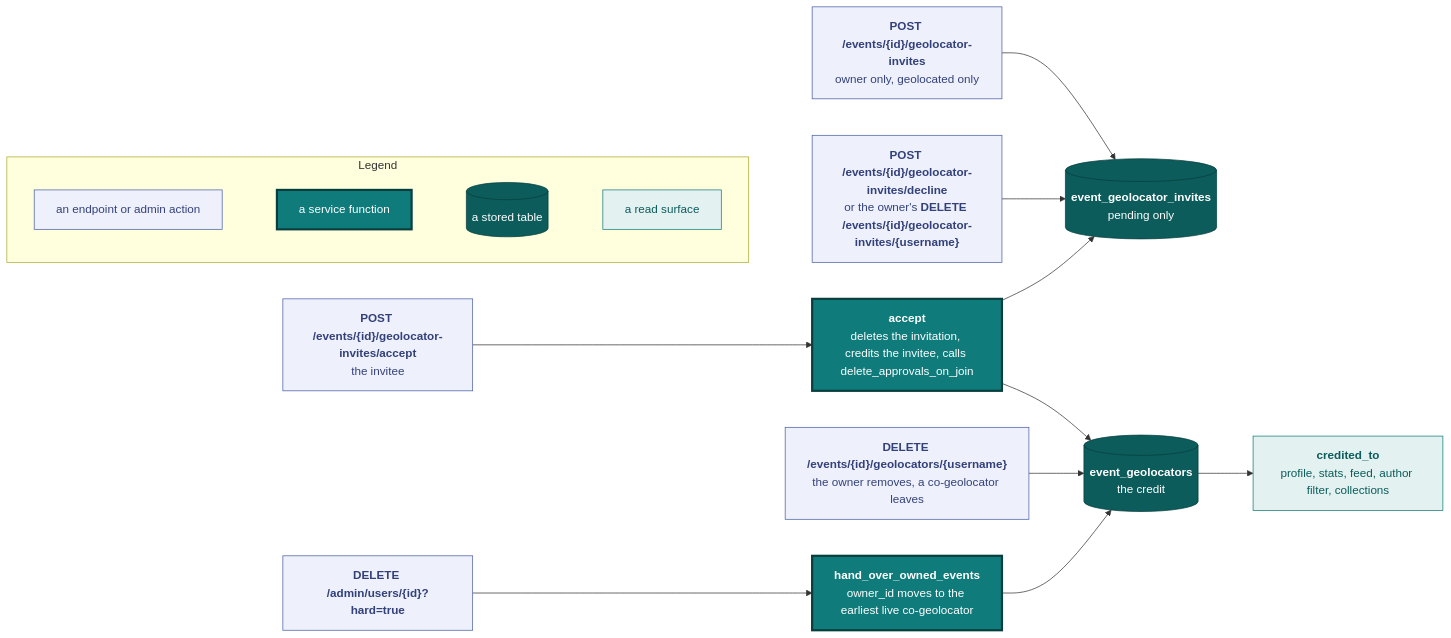
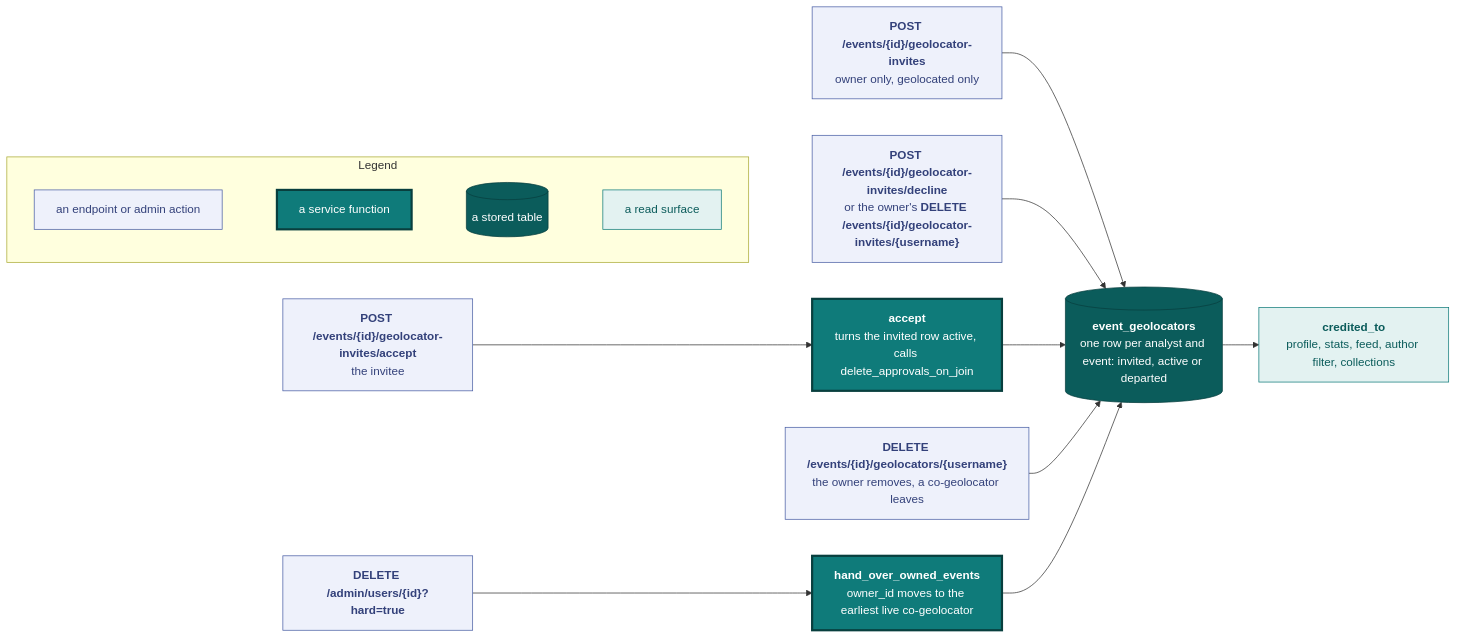
The third of 8 diagrams in docs/api.md (vidithq/vidit), drawn with Mermaid before and after one commit. The commit also changed other lines of this file and 4 other files, not shown here.

Commit message:
docs: describe the audit log, the geolocator and member states and event_detections

````diff
--- a/docs/api.md
+++ b/docs/api.md
@@ -1285,46 +1286,43 @@
 ```mermaid
 flowchart LR
   classDef spec fill:#eef1fb,stroke:#4a5fa5,color:#33417a
   classDef core fill:#0f7b7a,stroke:#083f3e,stroke-width:3px,color:#ffffff
   classDef store fill:#0b5c5b,stroke:#083f3e,color:#ffffff
   classDef shared fill:#e3f2f1,stroke:#0f7b7a,color:#0b5c5b
 
   subgraph legend [Legend]
     direction LR
     l1["`an endpoint or admin action`"]:::spec
     l2["`a service function`"]:::core
     l3[("`a stored table`")]:::store
     l4["`a read surface`"]:::shared
     l1 ~~~ l2 ~~~ l3 ~~~ l4
   end
 
   invite["`**POST /events/{id}/geolocator-invites**
   owner only, geolocated only`"]:::spec
   answer["`**POST /events/{id}/geolocator-invites/accept**
   the invitee`"]:::spec
   drop["`**POST /events/{id}/geolocator-invites/decline**
   or the owner's **DELETE /events/{id}/geolocator-invites/{username}**`"]:::spec
   remove["`**DELETE /events/{id}/geolocators/{username}**
   the owner removes, a co-geolocator leaves`"]:::spec
   erase["`**DELETE /admin/users/{id}?hard=true**`"]:::spec
   accept["`**accept**
-  deletes the invitation, credits the invitee, calls delete_approvals_on_join`"]:::core
+  turns the invited row active, calls delete_approvals_on_join`"]:::core
   handover["`**hand_over_owned_events**
   owner_id moves to the earliest live co-geolocator`"]:::core
-  invites[("`**event_geolocator_invites**
-  pending only`")]:::store
   credits[("`**event_geolocators**
-  the credit`")]:::store
+  one row per analyst and event: invited, active or departed`")]:::store
   credited["`**credited_to**
   profile, stats, feed, author filter, collections`"]:::shared
 
-  invite --> invites
-  drop --> invites
+  invite --> credits
+  drop --> credits
   answer --> accept
-  accept --> invites
   accept --> credits
   remove --> credits
   erase --> handover
   handover --> credits
   credits --> credited
 ```
````
